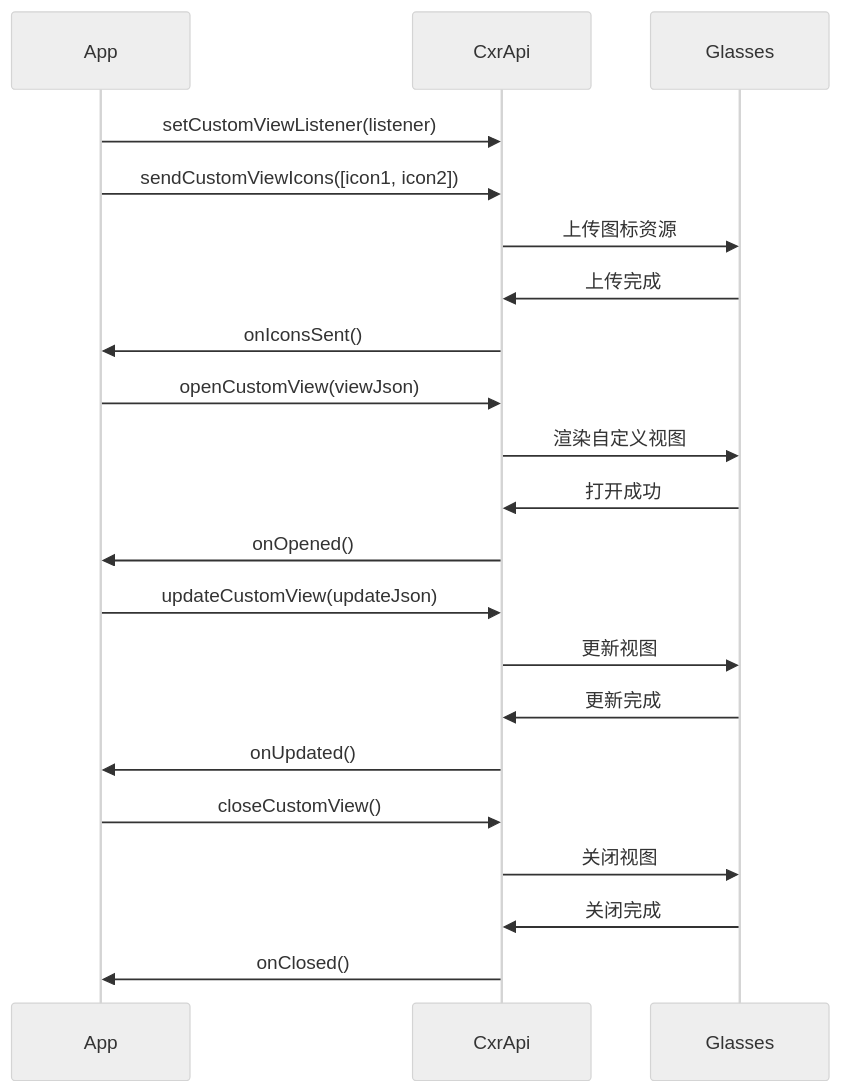
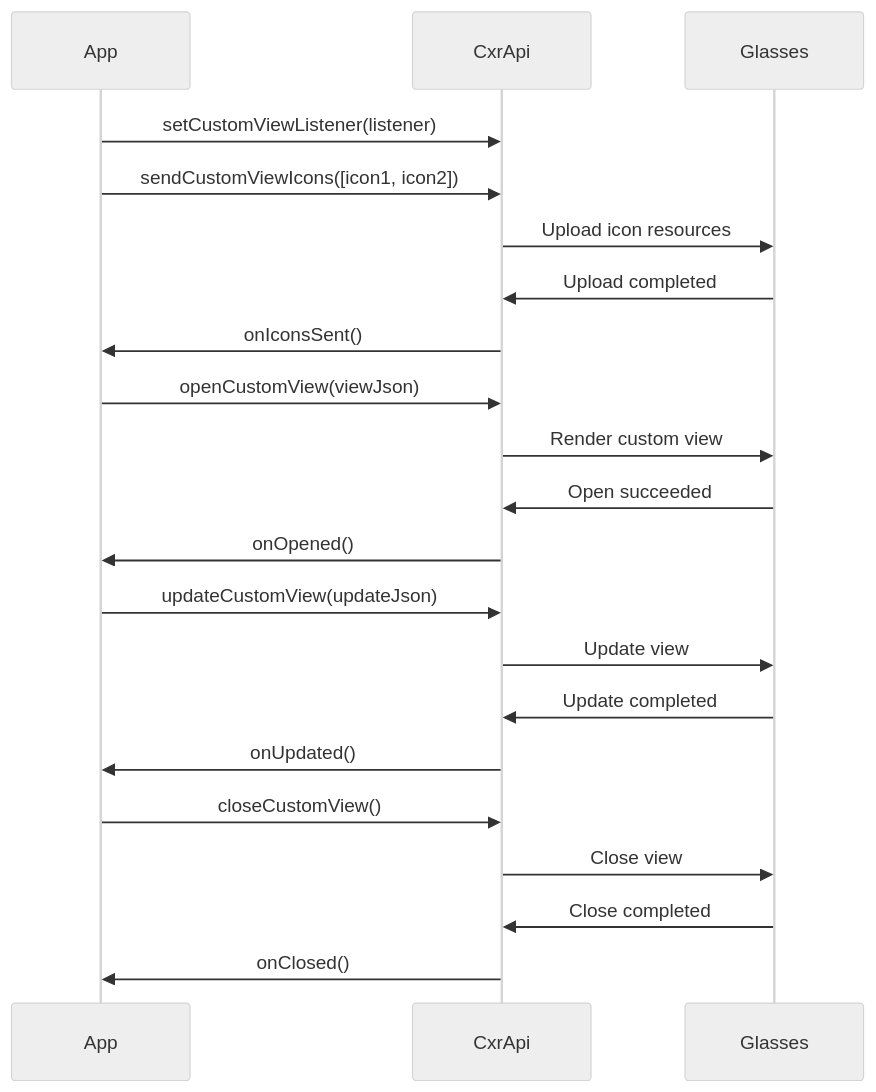
One commit to thuongtin/CXRMSamples1.0.3 changed the fifth of 7 diagrams in design.md. Above: the diagram before and after it, drawn with Mermaid (neutral theme). The commit also changed other lines of this file and 20 other files, not shown here.

````diff
--- a/design.md
+++ b/design.md
@@ -637,24 +620,24 @@
 ```mermaid
 sequenceDiagram
     participant App
     participant CxrApi
     participant Glasses
     
     App->>CxrApi: setCustomViewListener(listener)
     App->>CxrApi: sendCustomViewIcons([icon1, icon2])
-    CxrApi->>Glasses: 上传图标资源
-    Glasses->>CxrApi: 上传完成
+    CxrApi->>Glasses: Upload icon resources
+    Glasses->>CxrApi: Upload completed
     CxrApi->>App: onIconsSent()
     App->>CxrApi: openCustomView(viewJson)
-    CxrApi->>Glasses: 渲染自定义视图
-    Glasses->>CxrApi: 打开成功
+    CxrApi->>Glasses: Render custom view
+    Glasses->>CxrApi: Open succeeded
     CxrApi->>App: onOpened()
     App->>CxrApi: updateCustomView(updateJson)
-    CxrApi->>Glasses: 更新视图
-    Glasses->>CxrApi: 更新完成
+    CxrApi->>Glasses: Update view
+    Glasses->>CxrApi: Update completed
     CxrApi->>App: onUpdated()
     App->>CxrApi: closeCustomView()
-    CxrApi->>Glasses: 关闭视图
-    Glasses->>CxrApi: 关闭完成
+    CxrApi->>Glasses: Close view
+    Glasses->>CxrApi: Close completed
     CxrApi->>App: onClosed()
 ```
````
